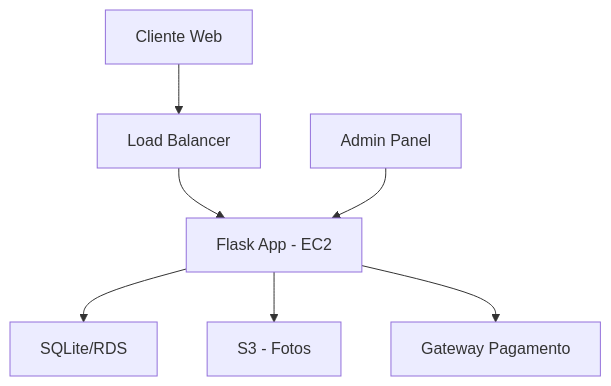
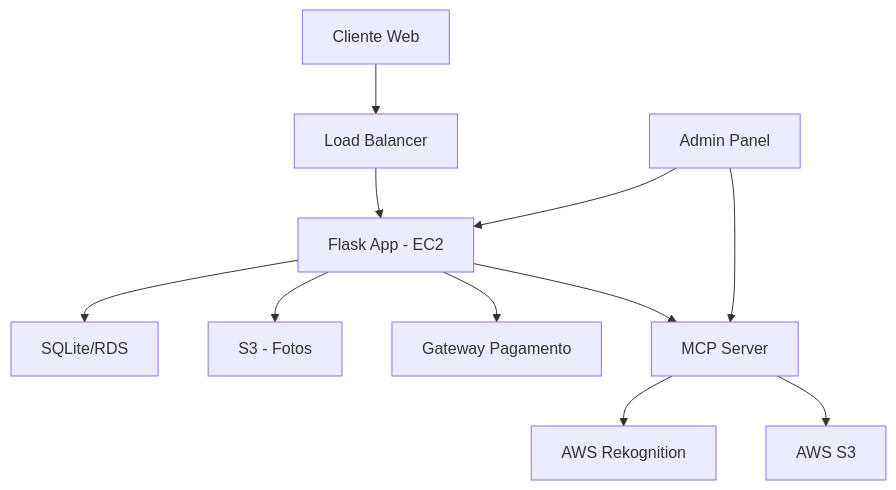
The diagram in README.md (igovyski/ia-aws-teste), drawn with Mermaid before and after one commit. The commit also changed other lines of this file and 6 other files, not shown here.

````diff
--- a/README.md
+++ b/README.md
@@ -80,9 +95,13 @@
 ```mermaid
 graph TB
     A[Cliente Web] --> B[Load Balancer]
     B --> C[Flask App - EC2]
     C --> D[SQLite/RDS]
     C --> E[S3 - Fotos]
     C --> F[Gateway Pagamento]
+    C --> H[MCP Server]
+    H --> I[AWS Rekognition]
+    H --> J[AWS S3]
     G[Admin Panel] --> C
+    G --> H
 ```
````
